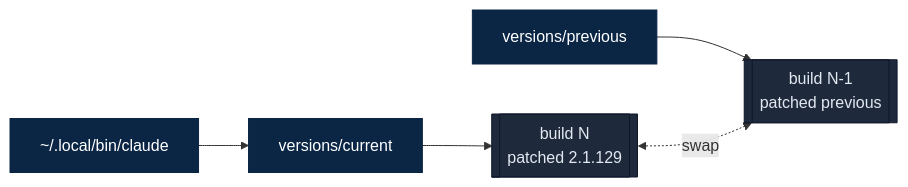
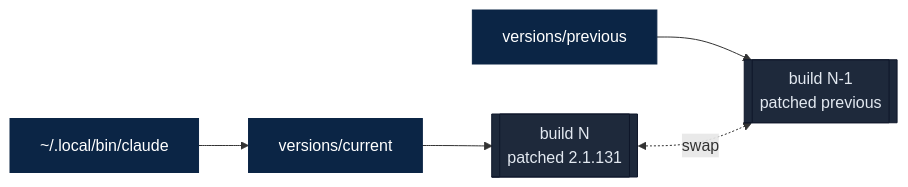
One commit to camjac251/cc-enhanced changed the second of 3 diagrams in README.md. Above: the diagram before and after it, drawn with Mermaid. The commit also changed other lines of this file, not shown here.

````diff
--- a/README.md
+++ b/README.md
@@ -70,13 +70,13 @@
 ```mermaid
 flowchart LR
     Launcher["~/.local/bin/claude"] --> Current["versions/current"]
     Previous["versions/previous"]
-    Current --> NewBuild[["build N<br/>patched 2.1.129"]]
+    Current --> NewBuild[["build N<br/>patched 2.1.131"]]
     Previous --> OldBuild[["build N-1<br/>patched previous"]]
     NewBuild <-. swap .-> OldBuild
 
     classDef sym fill:#0b2545,stroke:#0b2545,color:#fff
     classDef build fill:#1e293b,stroke:#0f172a,color:#e2e8f0
     class Launcher,Current,Previous sym
     class NewBuild,OldBuild build
 ```
````
